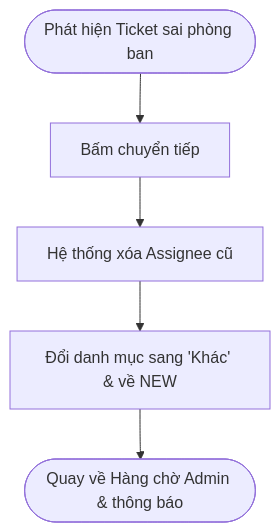
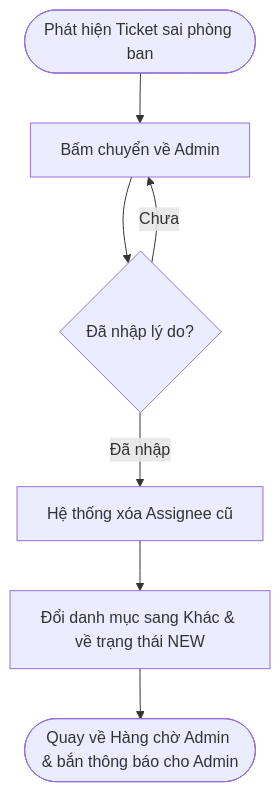
Before and after one commit to IvyPear/UniSupport: the fourth of 6 diagrams in docs/workflows/03-quy-trinh-nhan-vien.md, drawn with Mermaid. The commit also changed other lines of this file and 11 other files, not shown here.

````diff
--- a/docs/workflows/03-quy-trinh-nhan-vien.md
+++ b/docs/workflows/03-quy-trinh-nhan-vien.md
@@ -100,8 +100,9 @@
 ```mermaid
 graph TD
-    A([Phát hiện Ticket sai phòng ban]) --> B[Bấm chuyển tiếp]-->
-  
-   E[Hệ thống xóa Assignee cũ]
-    E --> F[Đổi danh mục sang 'Khác' & về NEW]
-    F --> G([Quay về Hàng chờ Admin & thông báo])
+    A([Phát hiện Ticket sai phòng ban]) --> B[Bấm chuyển về Admin]
+    B --> C{Đã nhập lý do?}
+    C -->|Chưa| B
+    C -->|Đã nhập| D[Hệ thống xóa Assignee cũ]
+    D --> E[Đổi danh mục sang Khác & về trạng thái NEW]
+    E --> F([Quay về Hàng chờ Admin & bắn thông báo cho Admin])
 ```
````
